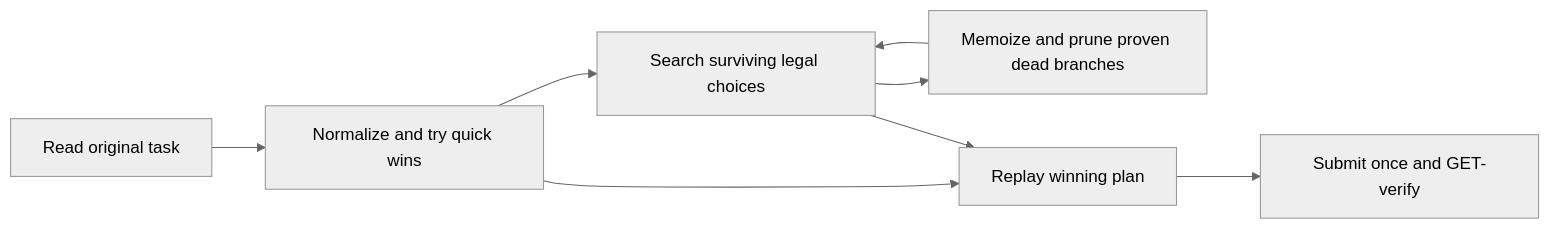
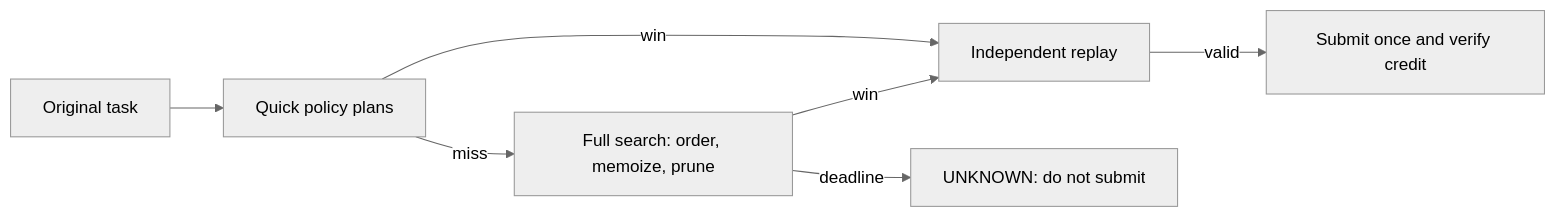
Before and after one commit to hhhhhusky777/blade_runner: the second of 4 diagrams in docs/reports/recruitment-delivery-report.md, drawn with Mermaid (neutral theme). The commit also changed other lines of this file and 9 other files, not shown here.

````diff
--- a/docs/reports/recruitment-delivery-report.md
+++ b/docs/reports/recruitment-delivery-report.md
@@ -62,10 +32,9 @@
 ```mermaid
 flowchart LR
-    A[Read original task] --> B[Normalize and try quick wins]
-    B --> C[Search surviving legal choices]
-    C --> D[Memoize and prune proven dead branches]
-    D --> C
-    B --> E[Replay winning plan]
-    C --> E
-    E --> F[Submit once and GET-verify]
+    A[Original task] --> B[Quick policy plans]
+    B -->|miss| C[Full search: order, memoize, prune]
+    B -->|win| D[Independent replay]
+    C -->|win| D
+    C -->|deadline| U[UNKNOWN: do not submit]
+    D -->|valid| E[Submit once and verify credit]
 ```
````
